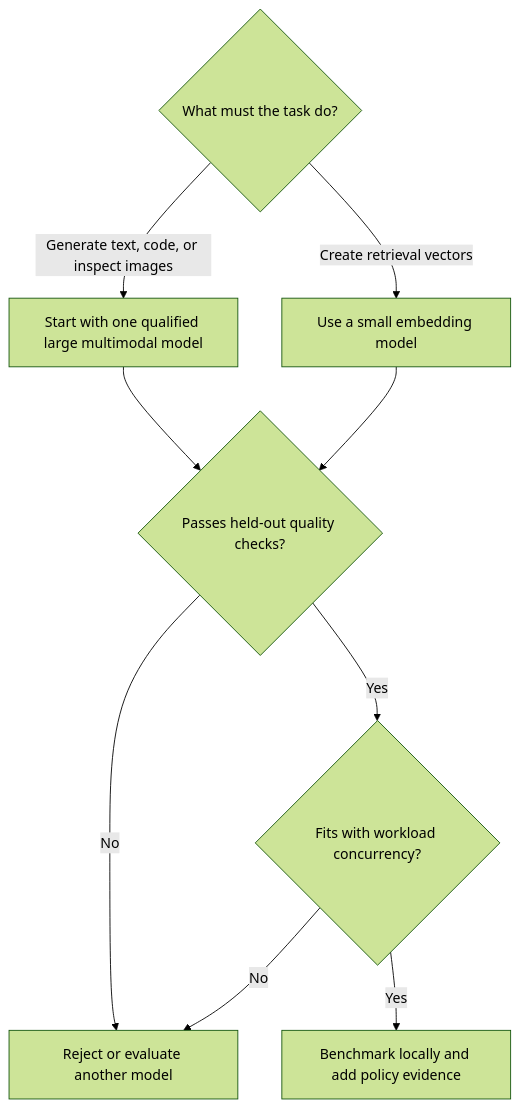
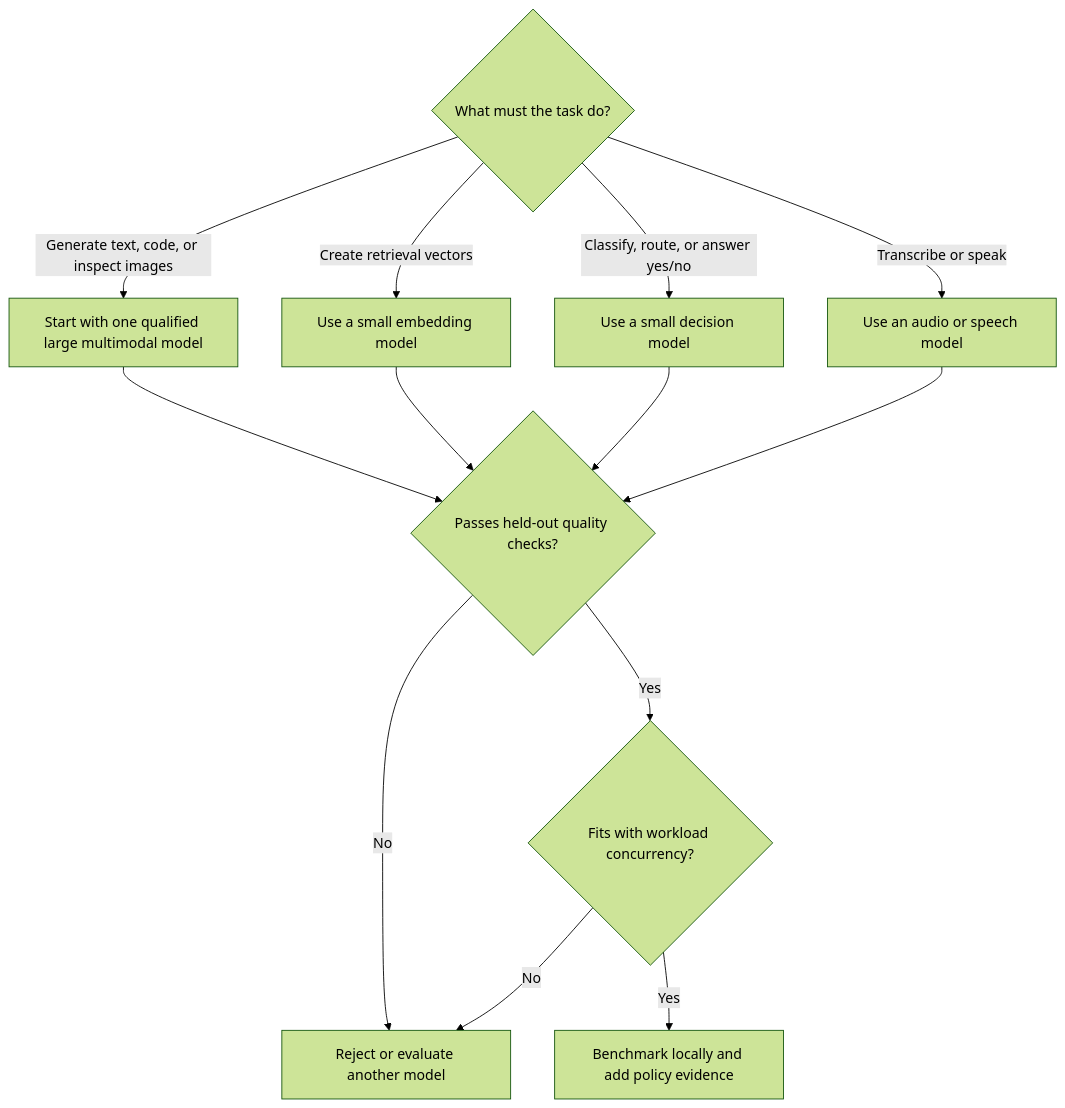
One commit to bgauryy/FreeLlama changed the diagram in docs/MODEL_SELECTION.md. Above: the diagram before and after it, drawn with Mermaid (forest theme). The commit also changed other lines of this file and 258 other files, not shown here.

````diff
--- a/docs/MODEL_SELECTION.md
+++ b/docs/MODEL_SELECTION.md
@@ -17,12 +19,16 @@
 ```mermaid
 flowchart TD
     T{"What must the task do?"}
     T -->|"Generate text, code, or inspect images"| L["Start with one qualified large multimodal model"]
     T -->|"Create retrieval vectors"| E["Use a small embedding model"]
+    T -->|"Classify, route, or answer yes/no"| D["Use a small decision model"]
+    T -->|"Transcribe or speak"| A["Use an audio or speech model"]
     L --> Q{"Passes held-out quality checks?"}
     E --> Q
+    D --> Q
+    A --> Q
     Q -->|"No"| N["Reject or evaluate another model"]
     Q -->|"Yes"| M{"Fits with workload concurrency?"}
     M -->|"No"| N
     M -->|"Yes"| B["Benchmark locally and add policy evidence"]
 ```
````
